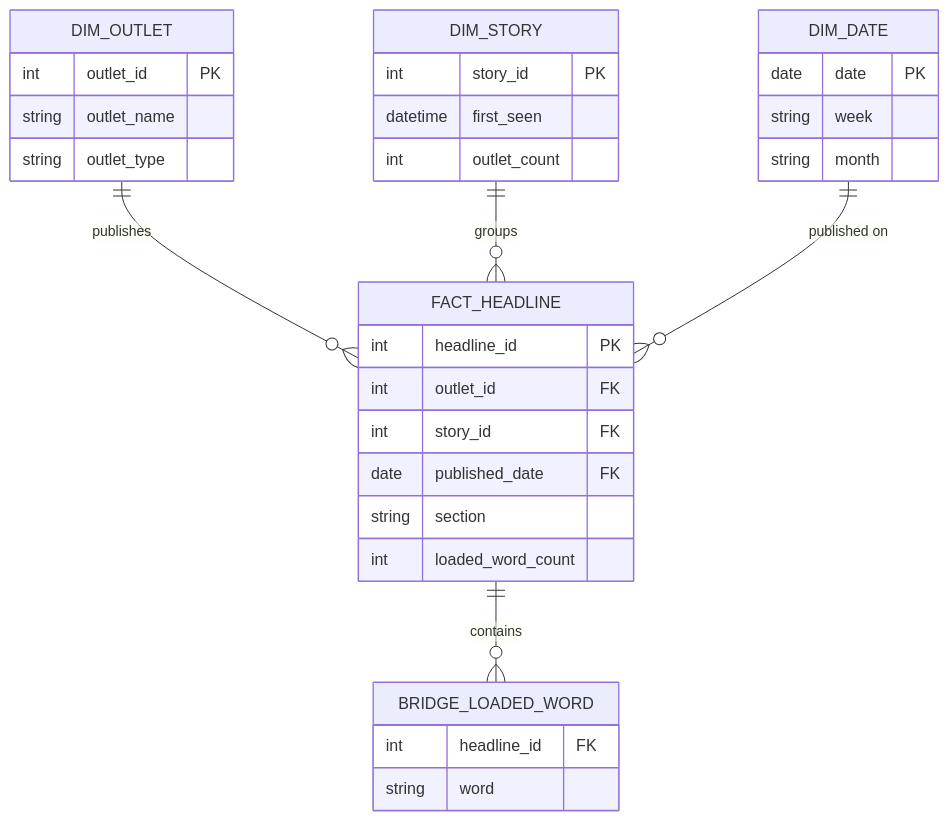
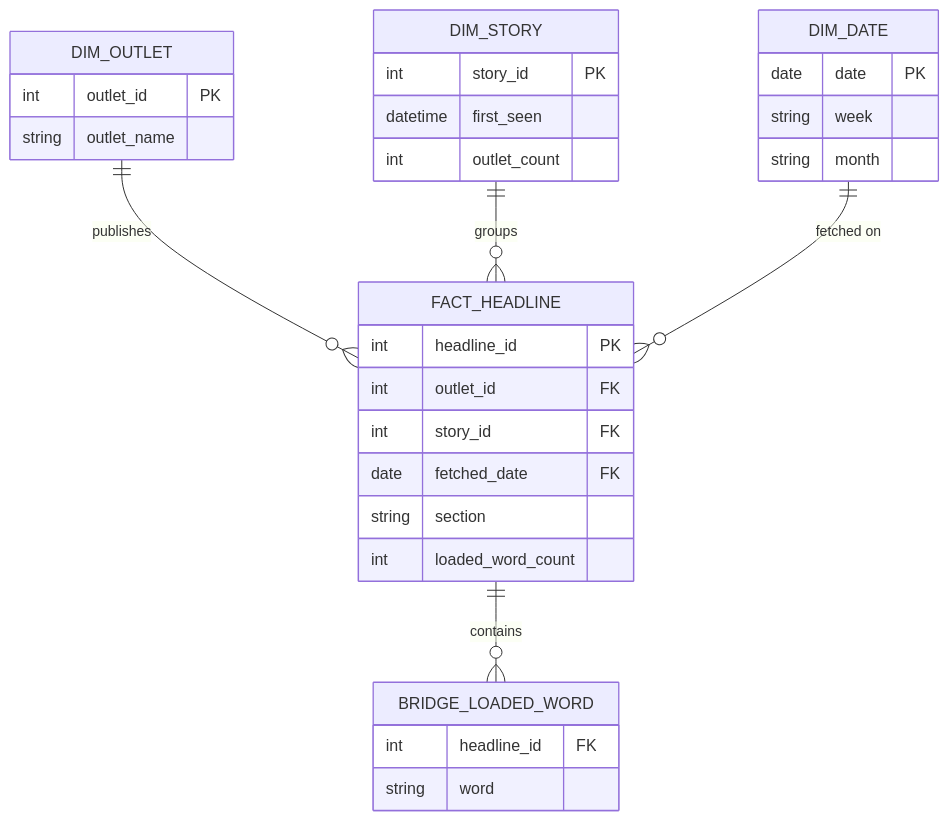
One commit to Momina1894/ek-khabar-sql changed the diagram in README.md. Above: the diagram before and after it, drawn with Mermaid. The commit also changed other lines of this file, not shown here.

````diff
--- a/README.md
+++ b/README.md
@@ -14,34 +16,33 @@
 ```mermaid
 erDiagram
     DIM_OUTLET ||--o{ FACT_HEADLINE : publishes
     DIM_STORY ||--o{ FACT_HEADLINE : groups
-    DIM_DATE ||--o{ FACT_HEADLINE : "published on"
+    DIM_DATE ||--o{ FACT_HEADLINE : "fetched on"
     FACT_HEADLINE ||--o{ BRIDGE_LOADED_WORD : contains
     FACT_HEADLINE {
         int headline_id PK
         int outlet_id FK
         int story_id FK
-        date published_date FK
+        date fetched_date FK
         string section
         int loaded_word_count
     }
     DIM_OUTLET {
         int outlet_id PK
         string outlet_name
-        string outlet_type
     }
     DIM_STORY {
         int story_id PK
         datetime first_seen
         int outlet_count
     }
     DIM_DATE {
         date date PK
         string week
         string month
     }
     BRIDGE_LOADED_WORD {
         int headline_id FK
         string word
     }
 ```
````
